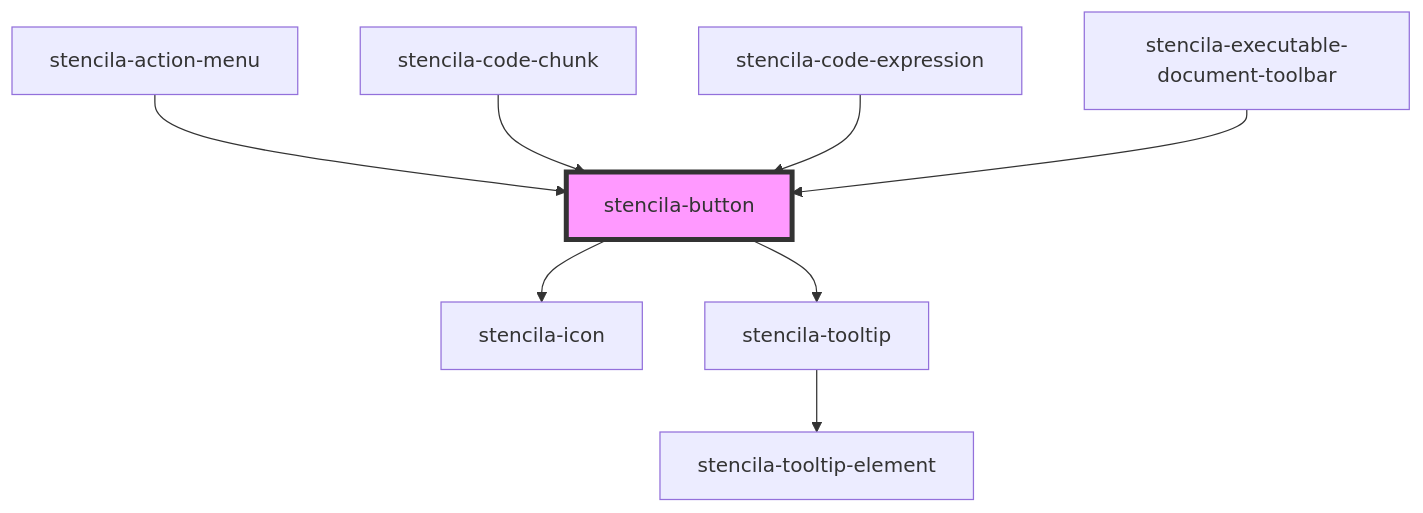
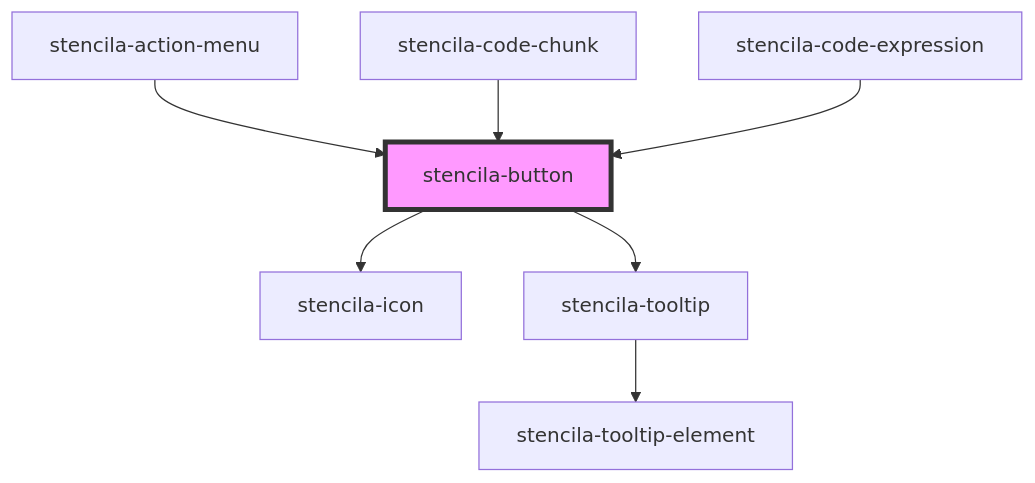
The diagram in packages/components/src/components/button/readme.md (stencila/designa), drawn with Mermaid before and after one commit. The commit also changed other lines of this file and 2 other files, not shown here.

Commit message:
feat(Button): Add ability to set rel & target attributes for links

````diff
--- a/packages/components/src/components/button/readme.md
+++ b/packages/components/src/components/button/readme.md
@@ -42,11 +42,10 @@
 ```mermaid
 graph TD;
   stencila-button --> stencila-icon
   stencila-button --> stencila-tooltip
   stencila-tooltip --> stencila-tooltip-element
   stencila-action-menu --> stencila-button
   stencila-code-chunk --> stencila-button
   stencila-code-expression --> stencila-button
-  stencila-executable-document-toolbar --> stencila-button
   style stencila-button fill:#f9f,stroke:#333,stroke-width:4px
 ```
````
